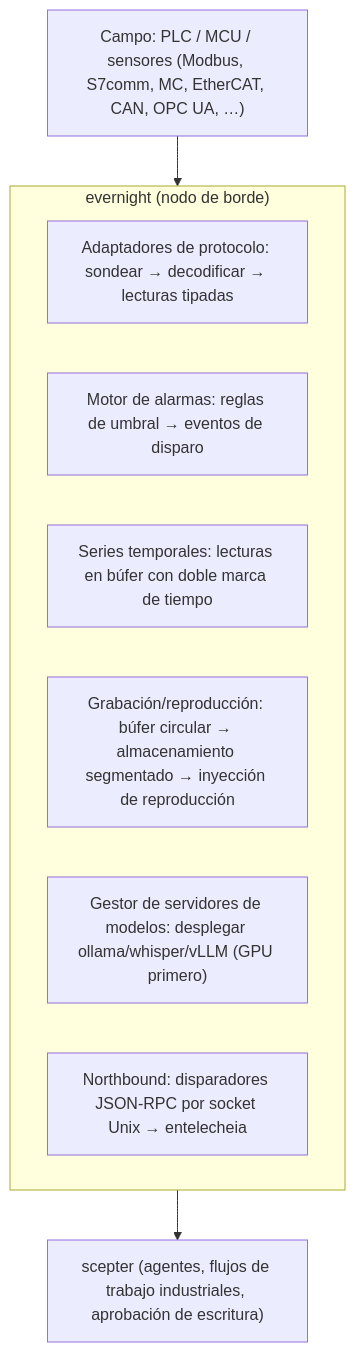
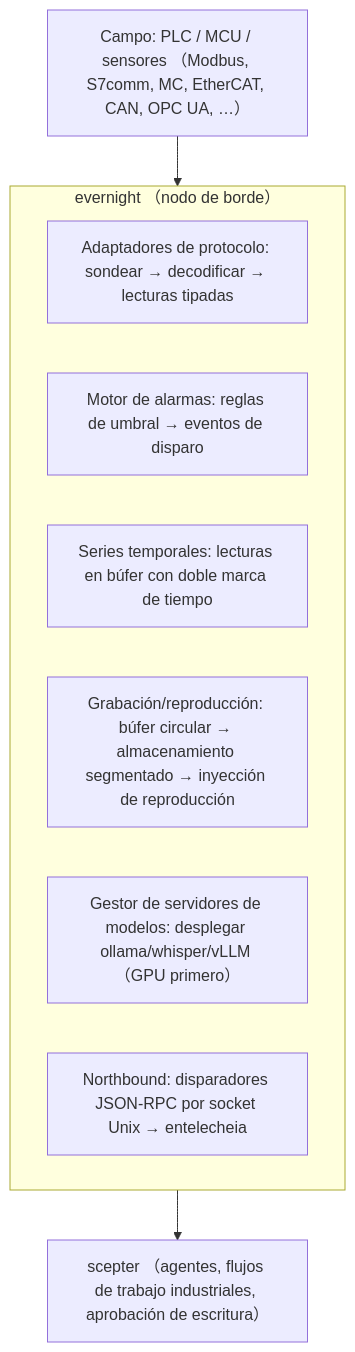
One commit to celestia-island/docs.celestia.world changed the diagram in docs/es/platforms/evernight.md. Above: the diagram before and after it, drawn with Mermaid. The commit also changed 35 other files, not shown here.

First line of the commit message:
📝 Convert ASCII parentheses in mermaid fences to fullwidth across languages. (#96)

````diff
--- a/docs/es/platforms/evernight.md
+++ b/docs/es/platforms/evernight.md
@@ -11,14 +11,14 @@
 ```mermaid
 flowchart TD
-    C["Campo: PLC / MCU / sensores (Modbus, S7comm, MC, EtherCAT, CAN, OPC UA, …)"]
-    subgraph G["evernight (nodo de borde)"]
+    C["Campo: PLC / MCU / sensores （Modbus, S7comm, MC, EtherCAT, CAN, OPC UA, …）"]
+    subgraph G["evernight （nodo de borde）"]
         N0["Adaptadores de protocolo: sondear → decodificar → lecturas tipadas"]
         N1["Motor de alarmas: reglas de umbral → eventos de disparo"]
         N2["Series temporales: lecturas en búfer con doble marca de tiempo"]
         N3["Grabación/reproducción: búfer circular → almacenamiento segmentado → inyección de reproducción"]
-        N4["Gestor de servidores de modelos: desplegar ollama/whisper/vLLM (GPU primero)"]
+        N4["Gestor de servidores de modelos: desplegar ollama/whisper/vLLM （GPU primero）"]
         N5["Northbound: disparadores JSON-RPC por socket Unix → entelecheia"]
     end
     C --> G
-    G --> B["scepter (agentes, flujos de trabajo industriales, aprobación de escritura)"]
+    G --> B["scepter （agentes, flujos de trabajo industriales, aprobación de escritura）"]
 ```
````
